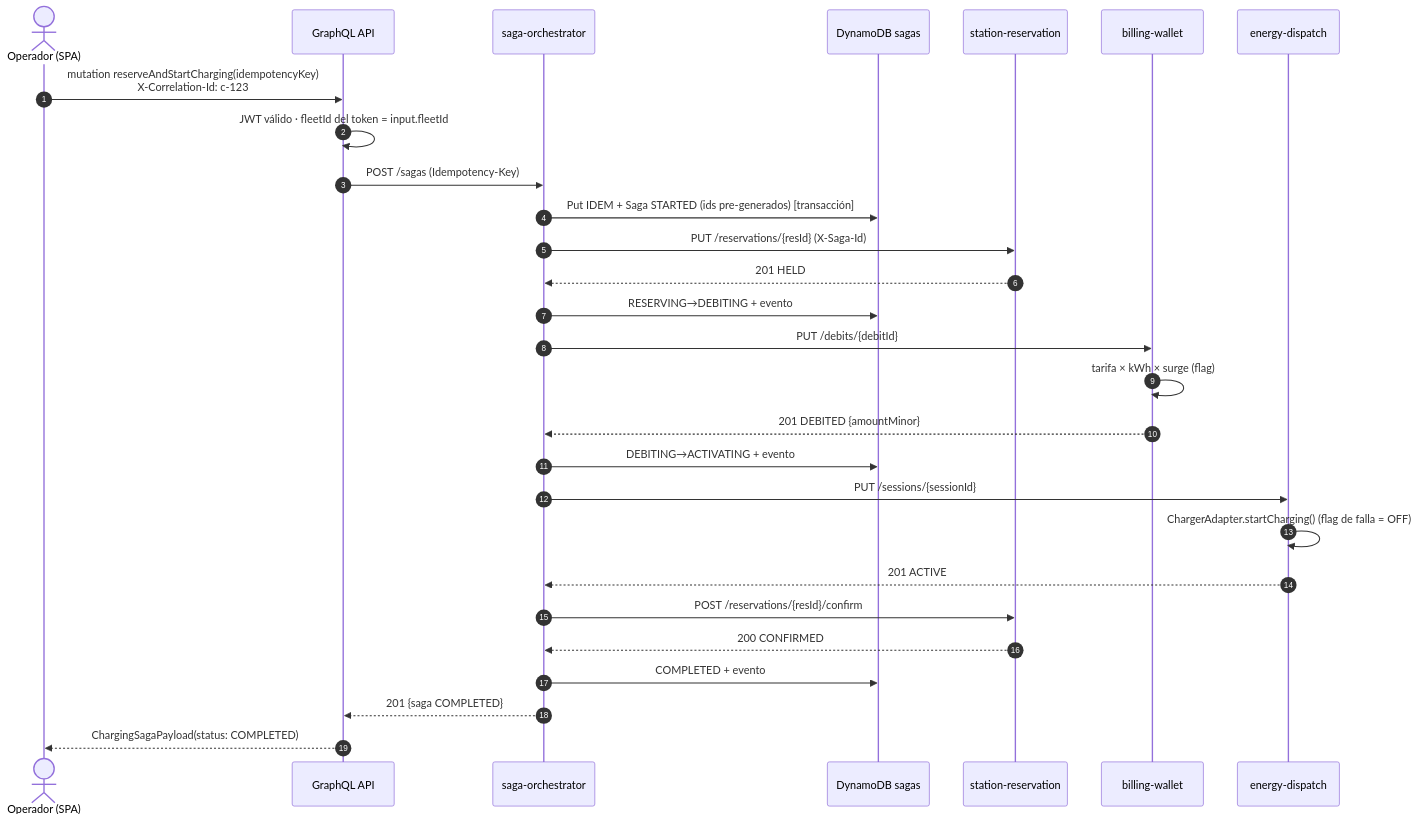
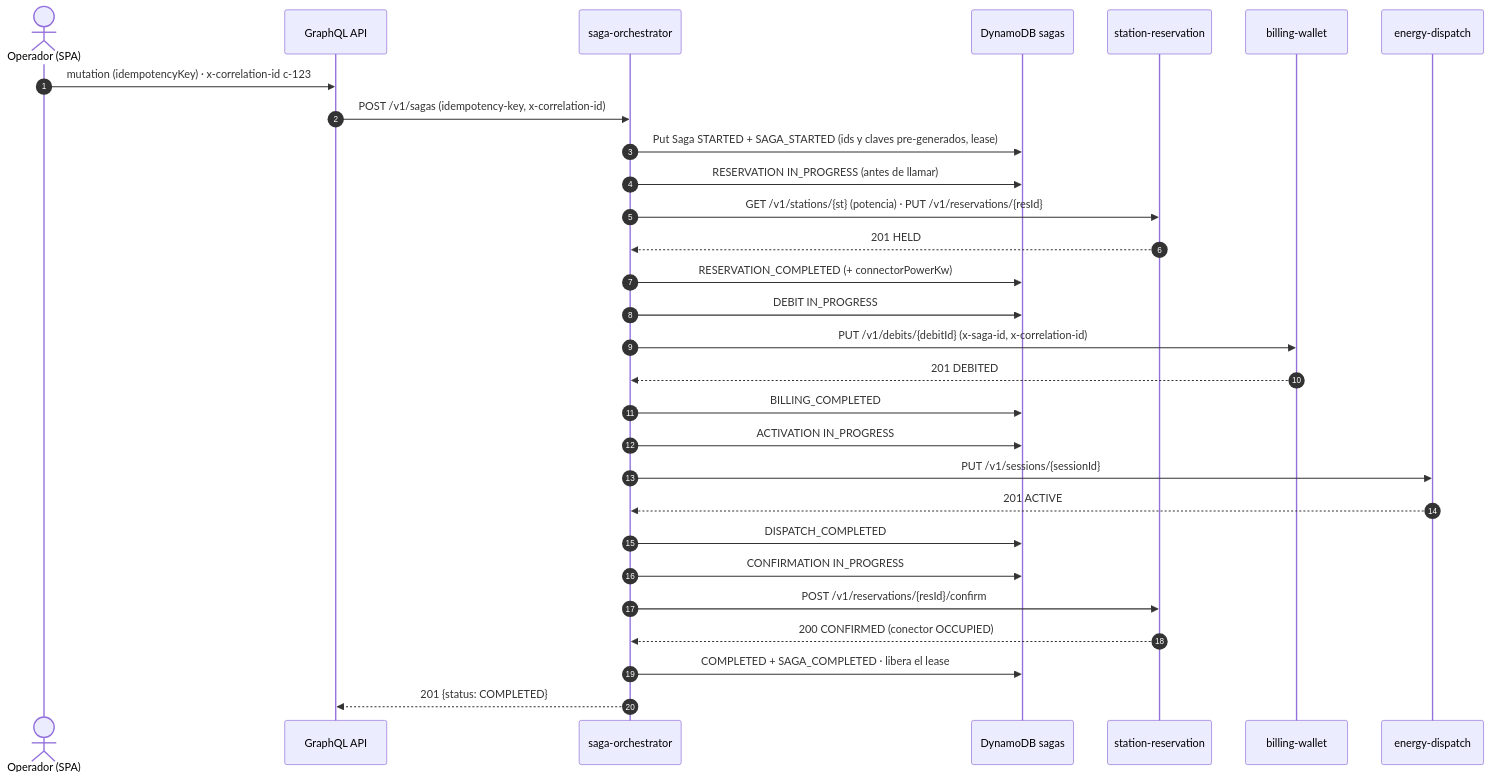
One commit to santiagoSaMi/aegisvolt changed the second of 6 diagrams in docs/architecture/02-saga.md. Above: the diagram before and after it, drawn with Mermaid. The commit also changed other lines of this file and 88 other files, not shown here.

Commit message:
feat(orchestration): implement saga and feature flag models

````diff
--- a/docs/architecture/02-saga.md
+++ b/docs/architecture/02-saga.md
@@ -52,31 +70,32 @@
 ```mermaid
 sequenceDiagram
   autonumber
   actor U as Operador (SPA)
   participant G as GraphQL API
   participant O as saga-orchestrator
   participant DS as DynamoDB sagas
   participant R as station-reservation
   participant B as billing-wallet
   participant D as energy-dispatch
 
-  U->>G: mutation reserveAndStartCharging(idempotencyKey)<br/>X-Correlation-Id: c-123
-  G->>G: JWT válido · fleetId del token = input.fleetId
-  G->>O: POST /sagas (Idempotency-Key)
-  O->>DS: Put IDEM + Saga STARTED (ids pre-generados) [transacción]
-  O->>R: PUT /reservations/{resId} (X-Saga-Id)
+  U->>G: mutation (idempotencyKey) · x-correlation-id c-123
+  G->>O: POST /v1/sagas (idempotency-key, x-correlation-id)
+  O->>DS: Put Saga STARTED + SAGA_STARTED (ids y claves pre-generados, lease)
+  O->>DS: RESERVATION IN_PROGRESS (antes de llamar)
+  O->>R: GET /v1/stations/{st} (potencia) · PUT /v1/reservations/{resId}
   R-->>O: 201 HELD
-  O->>DS: RESERVING→DEBITING + evento
-  O->>B: PUT /debits/{debitId}
-  B->>B: tarifa × kWh × surge (flag)
-  B-->>O: 201 DEBITED {amountMinor}
-  O->>DS: DEBITING→ACTIVATING + evento
-  O->>D: PUT /sessions/{sessionId}
-  D->>D: ChargerAdapter.startCharging() (flag de falla = OFF)
+  O->>DS: RESERVATION_COMPLETED (+ connectorPowerKw)
+  O->>DS: DEBIT IN_PROGRESS
+  O->>B: PUT /v1/debits/{debitId} (x-saga-id, x-correlation-id)
+  B-->>O: 201 DEBITED
+  O->>DS: BILLING_COMPLETED
+  O->>DS: ACTIVATION IN_PROGRESS
+  O->>D: PUT /v1/sessions/{sessionId}
   D-->>O: 201 ACTIVE
-  O->>R: POST /reservations/{resId}/confirm
-  R-->>O: 200 CONFIRMED
-  O->>DS: COMPLETED + evento
-  O-->>G: 201 {saga COMPLETED}
-  G-->>U: ChargingSagaPayload(status: COMPLETED)
+  O->>DS: DISPATCH_COMPLETED
+  O->>DS: CONFIRMATION IN_PROGRESS
+  O->>R: POST /v1/reservations/{resId}/confirm
+  R-->>O: 200 CONFIRMED (conector OCCUPIED)
+  O->>DS: COMPLETED + SAGA_COMPLETED · libera el lease
+  O-->>G: 201 {status: COMPLETED}
 ```
````
